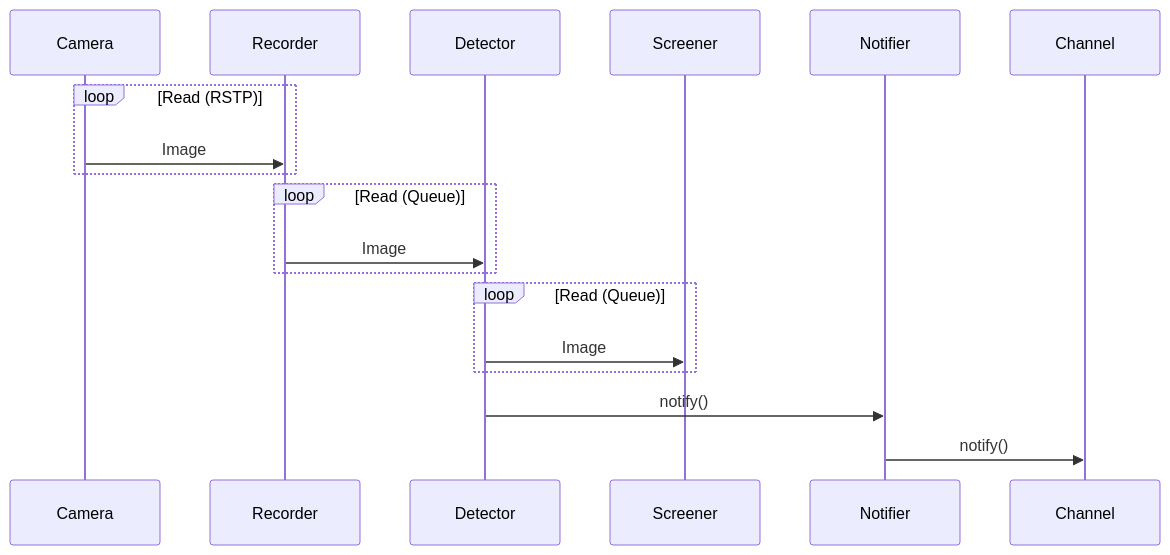
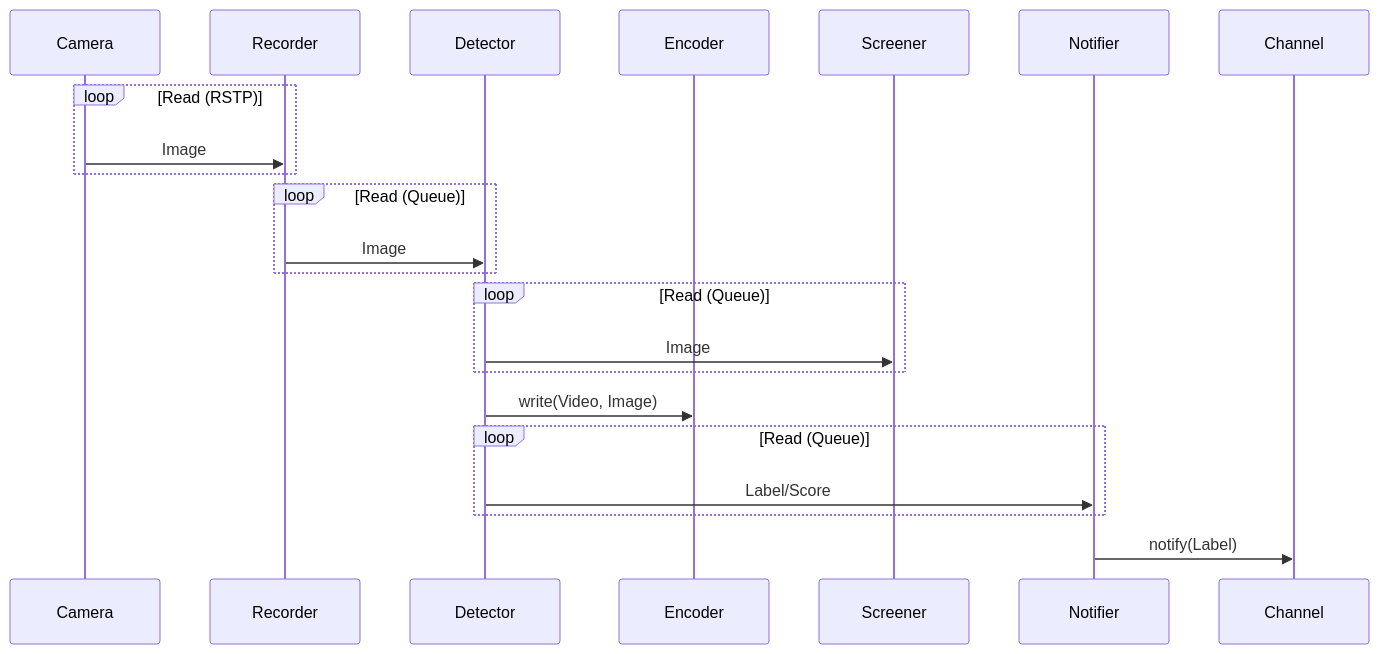
Before and after one commit to olafrv/pycatdetector: the diagram in README.md, drawn with Mermaid. The commit also changed other lines of this file and 14 other files, not shown here.

````diff
--- a/README.md
+++ b/README.md
@@ -15,20 +15,24 @@
 ```mermaid
 sequenceDiagram
     participant Camera
     participant Recorder
     participant Detector
+    participant Encoder
     participant Screener
     participant Notifier
     participant Channel
     loop Read (RSTP)
       Camera->>Recorder: Image
     end
     loop Read (Queue)
       Recorder->>Detector: Image
     end
     loop Read (Queue)
       Detector->>Screener: Image
     end
-    Detector->>Notifier: notify()
-    Notifier->>Channel: notify()
+    Detector->>Encoder: write(Video, Image)
+    loop Read (Queue)
+      Detector->>Notifier: Label/Score
+    end
+    Notifier->>Channel: notify(Label)
 ```
````
